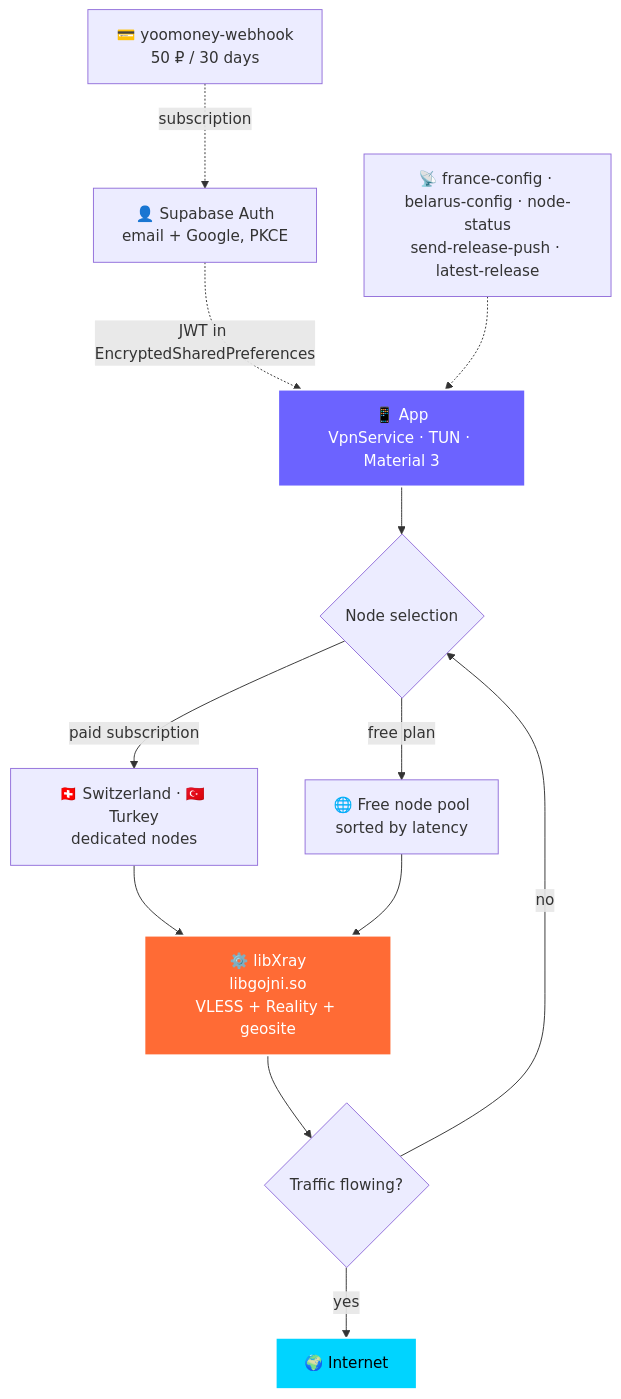
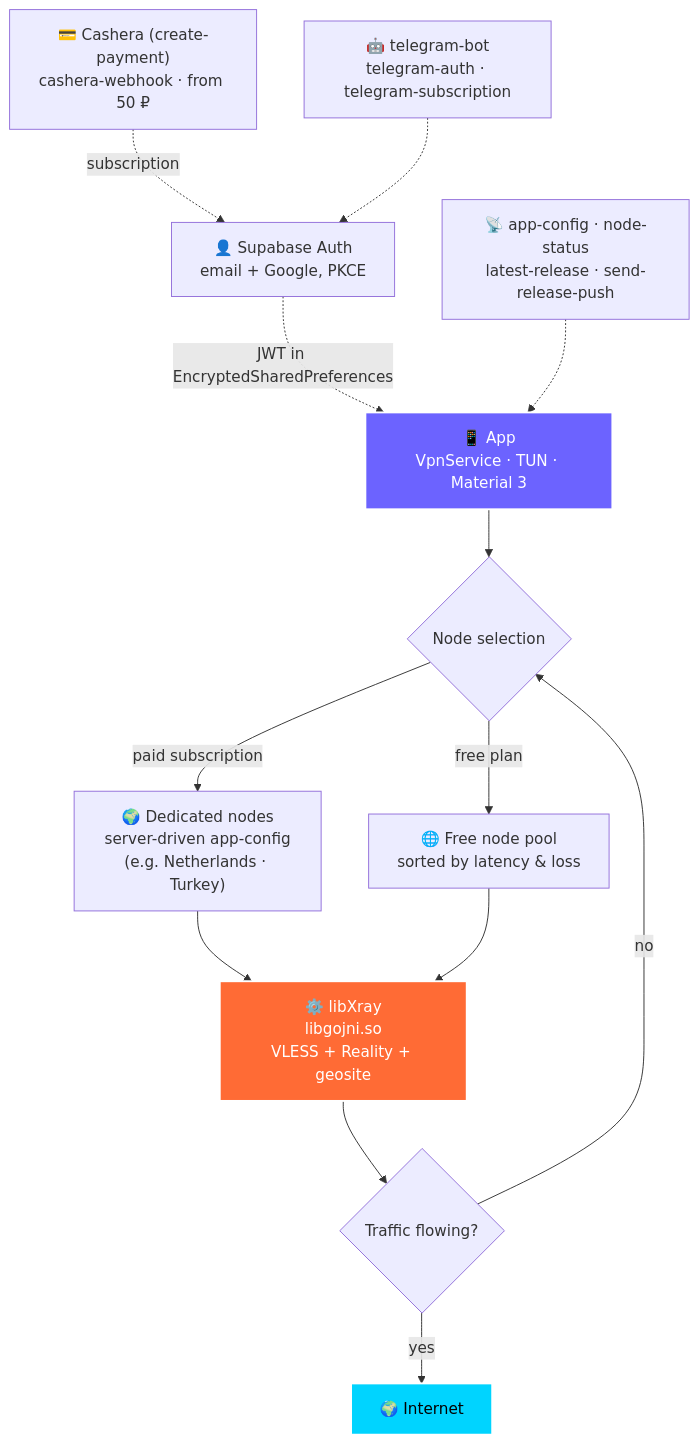
One commit to Core-Dev-Support/naua-security-mirage-android changed the diagram in README_EN.md. Above: the diagram before and after it, drawn with Mermaid. The commit also changed other lines of this file and 3 other files, not shown here.

Commit message:
docs: sync README, architecture and roadmap with codebase

````diff
--- a/README_EN.md
+++ b/README_EN.md
@@ -95,19 +115,20 @@
 ```mermaid
 flowchart TD
     A["📱 App<br/>VpnService · TUN · Material 3"] --> S{"Node selection"}
-    S -->|"paid subscription"| P["🇨🇭 Switzerland · 🇹🇷 Turkey<br/>dedicated nodes"]
-    S -->|"free plan"| F["🌐 Free node pool<br/>sorted by latency"]
+    S -->|"paid subscription"| P["🌍 Dedicated nodes<br/>server-driven app-config<br/>(e.g. Netherlands · Turkey)"]
+    S -->|"free plan"| F["🌐 Free node pool<br/>sorted by latency & loss"]
     P --> C["⚙️ libXray<br/>libgojni.so<br/>VLESS + Reality + geosite"]
     F --> C
     C --> W{"Traffic flowing?"}
     W -->|no| S
     W -->|yes| N["🌍 Internet"]
 
     G["👤 Supabase Auth<br/>email + Google, PKCE"] -.->|JWT in EncryptedSharedPreferences| A
-    Y["💳 yoomoney-webhook<br/>50 ₽ / 30 days"] -.->|subscription| G
-    B["📡 france-config · belarus-config · node-status<br/>send-release-push · latest-release"] -.-> A
+    Y["💳 Cashera (create-payment)<br/>cashera-webhook · from 50 ₽"] -.->|subscription| G
+    B["📡 app-config · node-status<br/>latest-release · send-release-push"] -.-> A
+    T["🤖 telegram-bot<br/>telegram-auth · telegram-subscription"] -.-> G
 
     style A fill:#6C63FF,stroke:#fff,stroke-width:2px,color:#fff
     style C fill:#FF6B35,stroke:#fff,stroke-width:2px,color:#fff
     style N fill:#00D4FF,stroke:#fff,stroke-width:2px,color:#000
 ```
````
